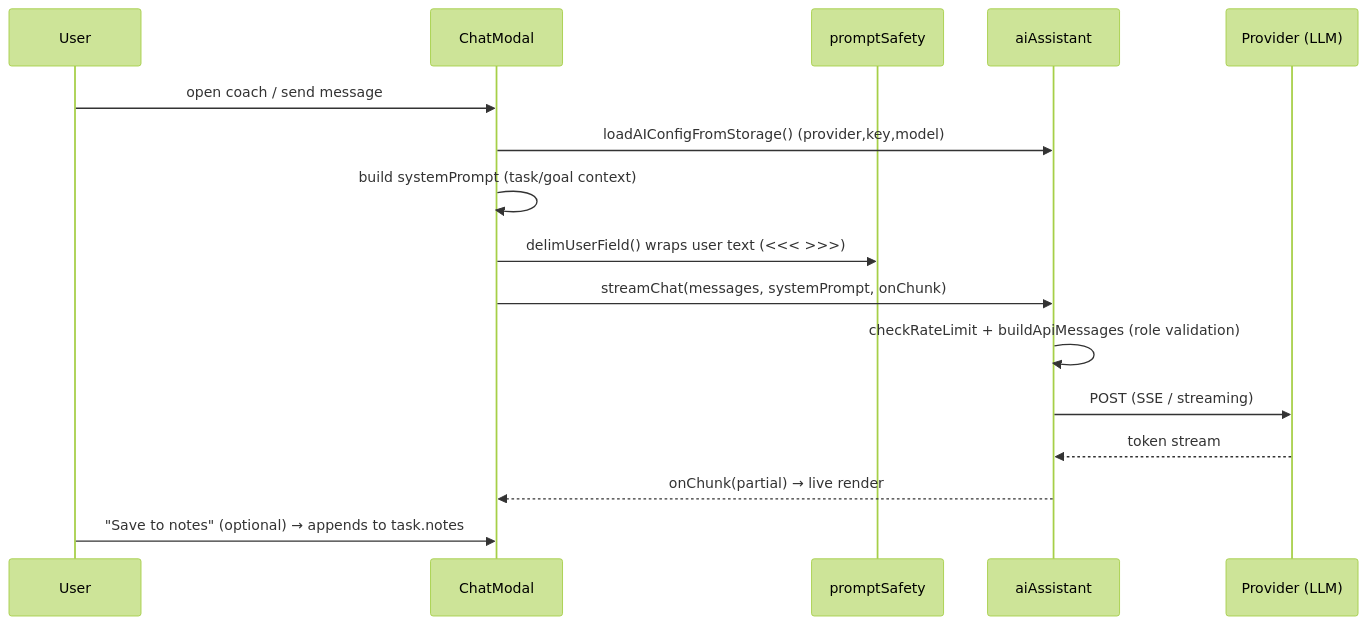
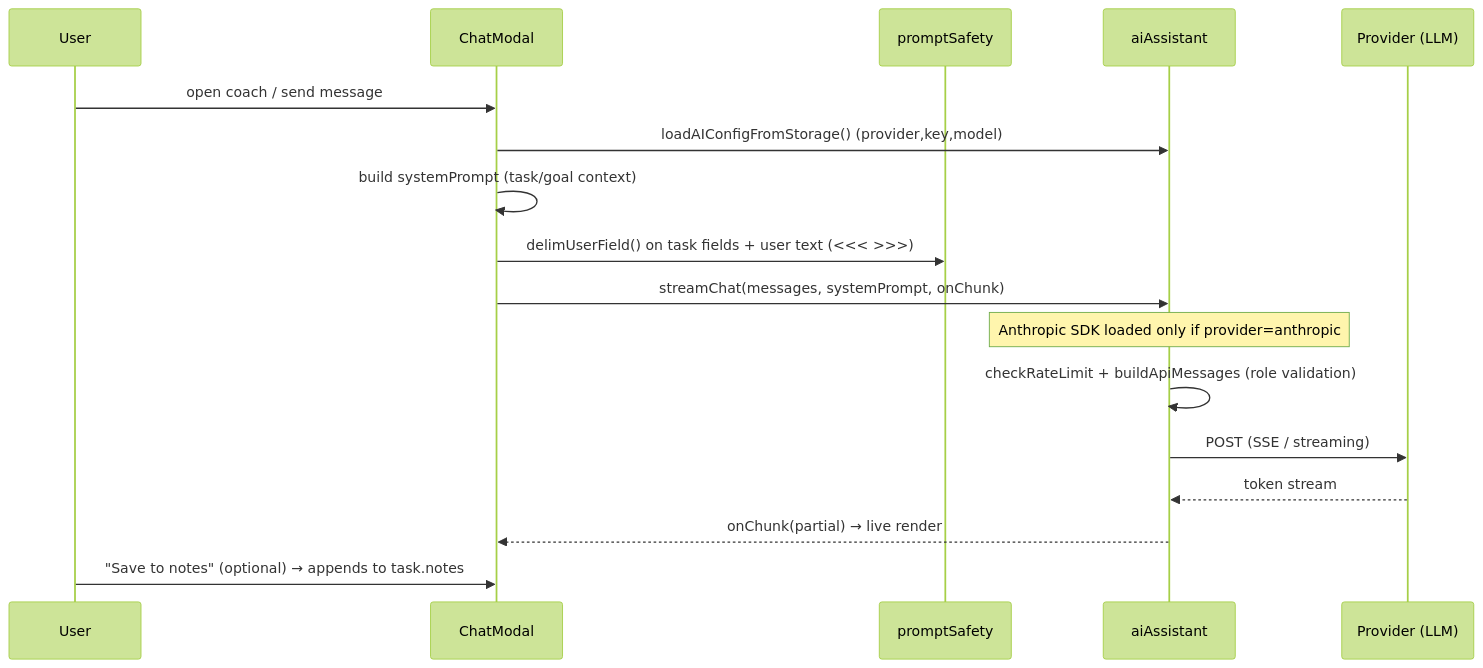
The sixth of 6 diagrams in docs/hld/hld.md (joka-7/KanDOne), drawn with Mermaid (forest theme) before and after one commit. The commit also changed other lines of this file and 2 other files, not shown here.

````diff
--- a/docs/hld/hld.md
+++ b/docs/hld/hld.md
@@ -316,19 +327,20 @@
 ```mermaid
 sequenceDiagram
     participant U as User
     participant CM as ChatModal
     participant PS as promptSafety
     participant AI as aiAssistant
     participant P as Provider (LLM)
 
     U->>CM: open coach / send message
     CM->>AI: loadAIConfigFromStorage() (provider,key,model)
     CM->>CM: build systemPrompt (task/goal context)
-    CM->>PS: delimUserField() wraps user text (<<< >>>)
+    CM->>PS: delimUserField() on task fields + user text (<<< >>>)
     CM->>AI: streamChat(messages, systemPrompt, onChunk)
+    Note over AI: Anthropic SDK loaded only if provider=anthropic
     AI->>AI: checkRateLimit + buildApiMessages (role validation)
     AI->>P: POST (SSE / streaming)
     P-->>AI: token stream
     AI-->>CM: onChunk(partial) → live render
     U->>CM: "Save to notes" (optional) → appends to task.notes
 ```
````
